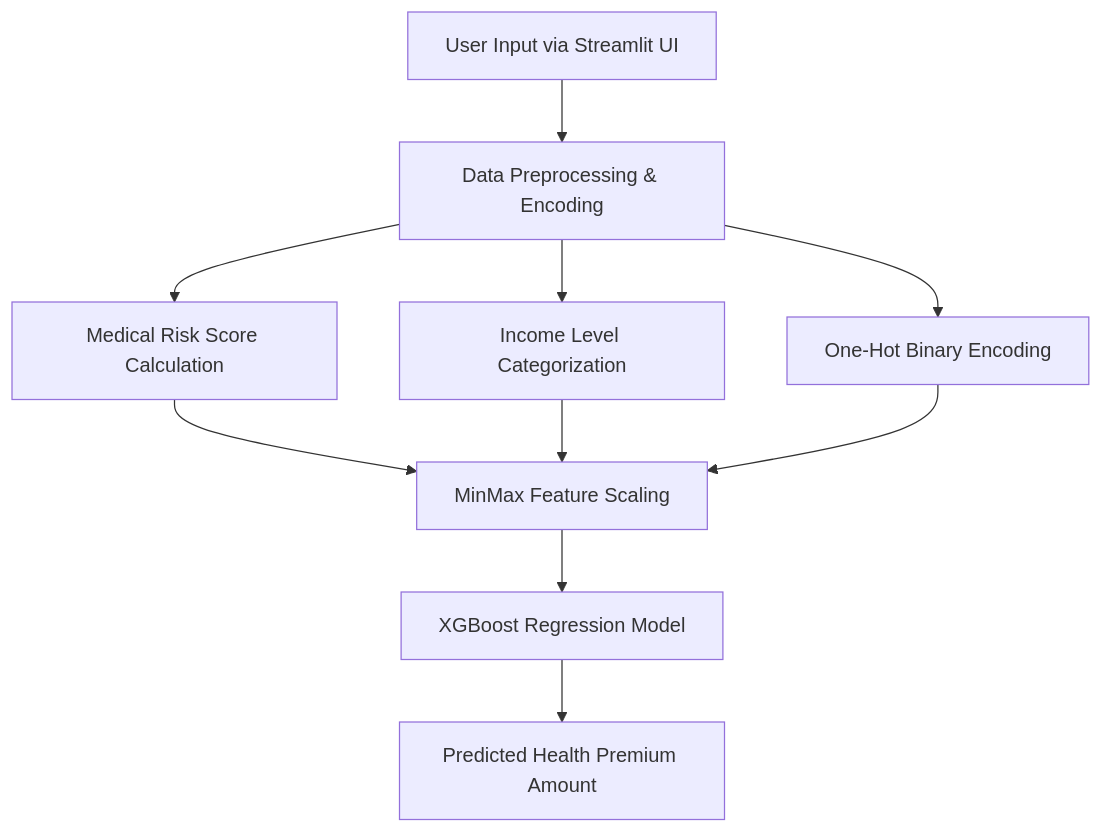
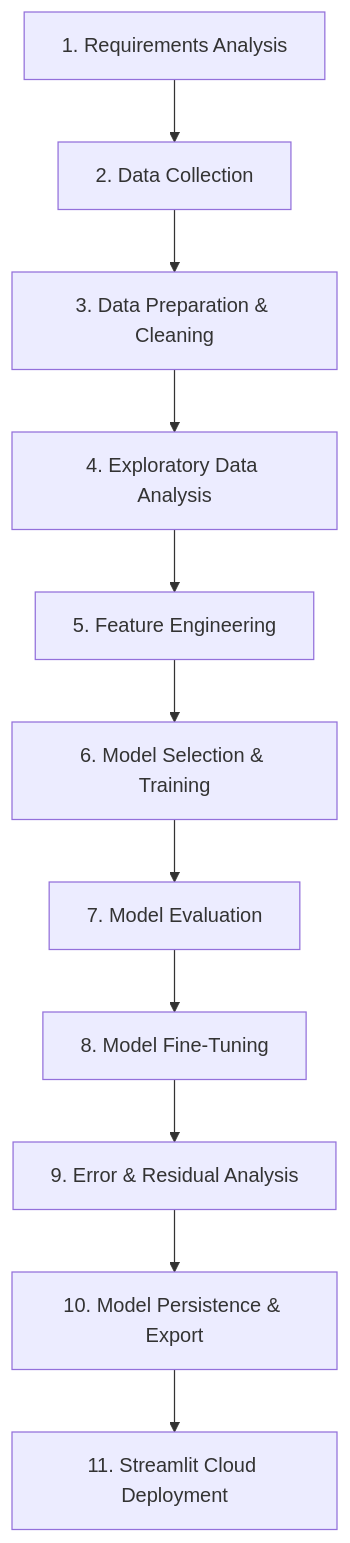
One commit to kamaleshpantra/Health-insurance-premium-prediction changed the diagram in README.md. Above: the diagram before and after it, drawn with Mermaid. The commit also changed other lines of this file, not shown here.

````diff
--- a/README.md
+++ b/README.md
@@ -45,10 +35,13 @@
 ```mermaid
 flowchart TD
-    A[User Input via Streamlit UI] --> B[Data Preprocessing & Encoding]
-    B --> C1[Medical Risk Score Calculation]
-    B --> C2[Income Level Categorization]
-    B --> C3[One-Hot Binary Encoding]
-    C1 & C2 & C3 --> D[MinMax Feature Scaling]
-    D --> E[XGBoost Regression Model]
-    E --> F[Predicted Health Premium Amount]
+    S1[1. Requirements Analysis] --> S2[2. Data Collection]
+    S2 --> S3[3. Data Preparation & Cleaning]
+    S3 --> S4[4. Exploratory Data Analysis]
+    S4 --> S5[5. Feature Engineering]
+    S5 --> S6[6. Model Selection & Training]
+    S6 --> S7[7. Model Evaluation]
+    S7 --> S8[8. Model Fine-Tuning]
+    S8 --> S9[9. Error & Residual Analysis]
+    S9 --> S10[10. Model Persistence & Export]
+    S10 --> S11[11. Streamlit Cloud Deployment]
 ```
````
